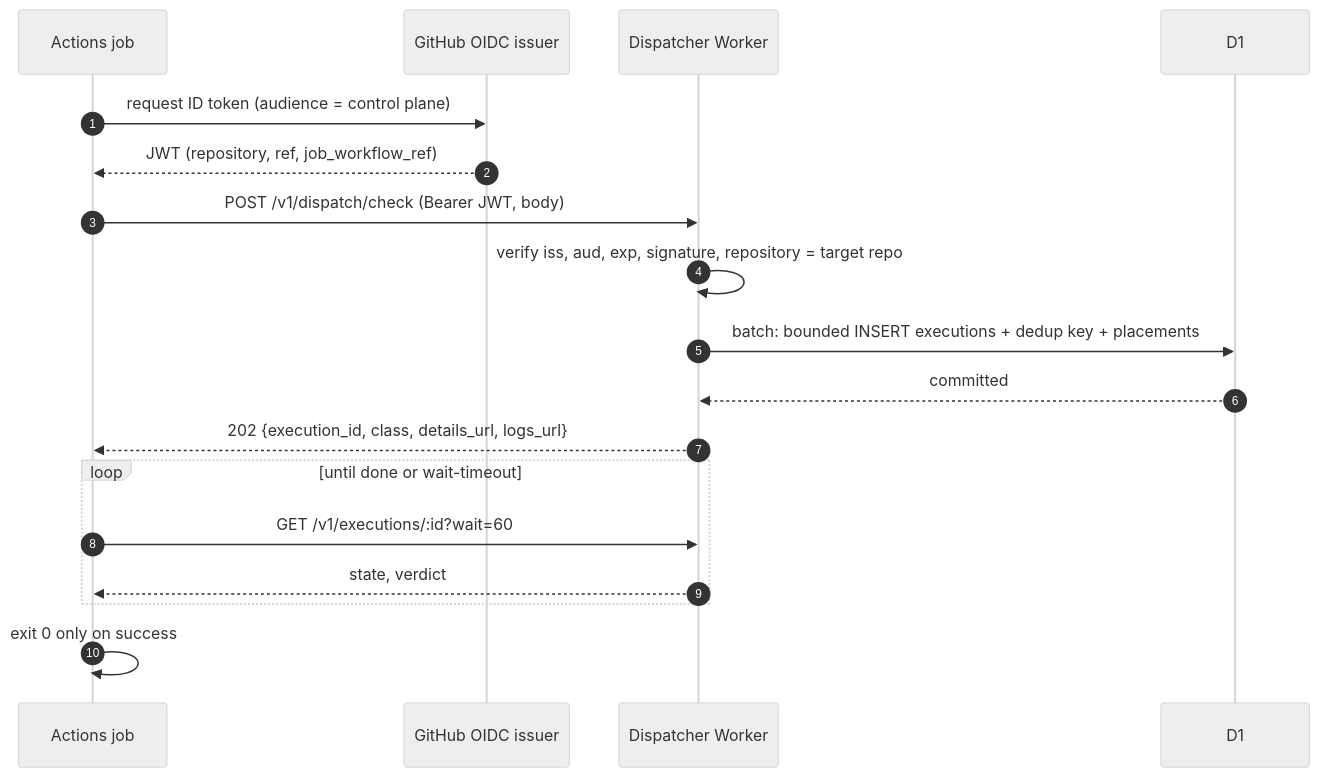
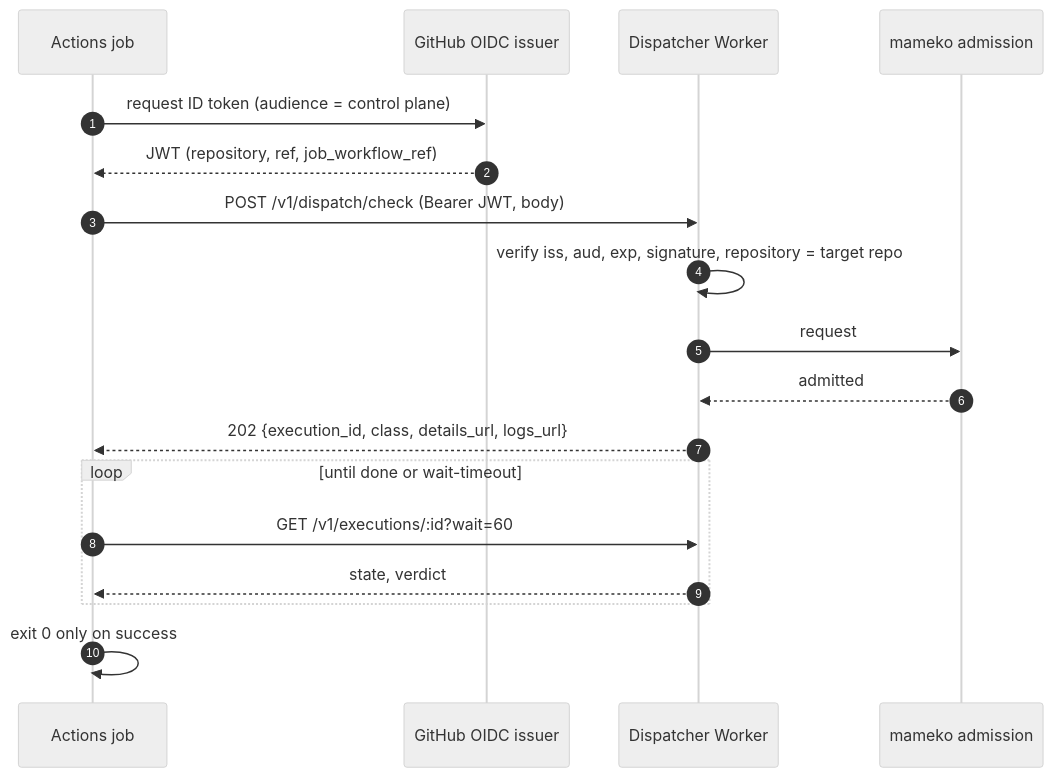
Before and after one commit to fractalboxdev/flare-dispatch: the third of 3 diagrams in specs/intake.md, drawn with Mermaid (neutral theme). The commit also changed other lines of this file and 45 other files, not shown here.

````diff
--- a/specs/intake.md
+++ b/specs/intake.md
@@ -137,21 +131,21 @@
 ```mermaid
 sequenceDiagram
   accTitle: Actions dispatch authenticated by an OIDC token, waiting for the verdict
   autonumber
   participant J as Actions job
   participant T as GitHub OIDC issuer
   participant W as Dispatcher Worker
-  participant D1 as D1
+  participant A as mameko admission
   J->>T: request ID token (audience = control plane)
   T-->>J: JWT (repository, ref, job_workflow_ref)
   J->>W: POST /v1/dispatch/check (Bearer JWT, body)
   W->>W: verify iss, aud, exp, signature, repository = target repo
-  W->>D1: batch: bounded INSERT executions + dedup key + placements
-  D1-->>W: committed
+  W->>A: request
+  A-->>W: admitted
   W-->>J: 202 {execution_id, class, details_url, logs_url}
   loop until done or wait-timeout
     J->>W: GET /v1/executions/:id?wait=60
     W-->>J: state, verdict
   end
   J->>J: exit 0 only on success
 ```
````
